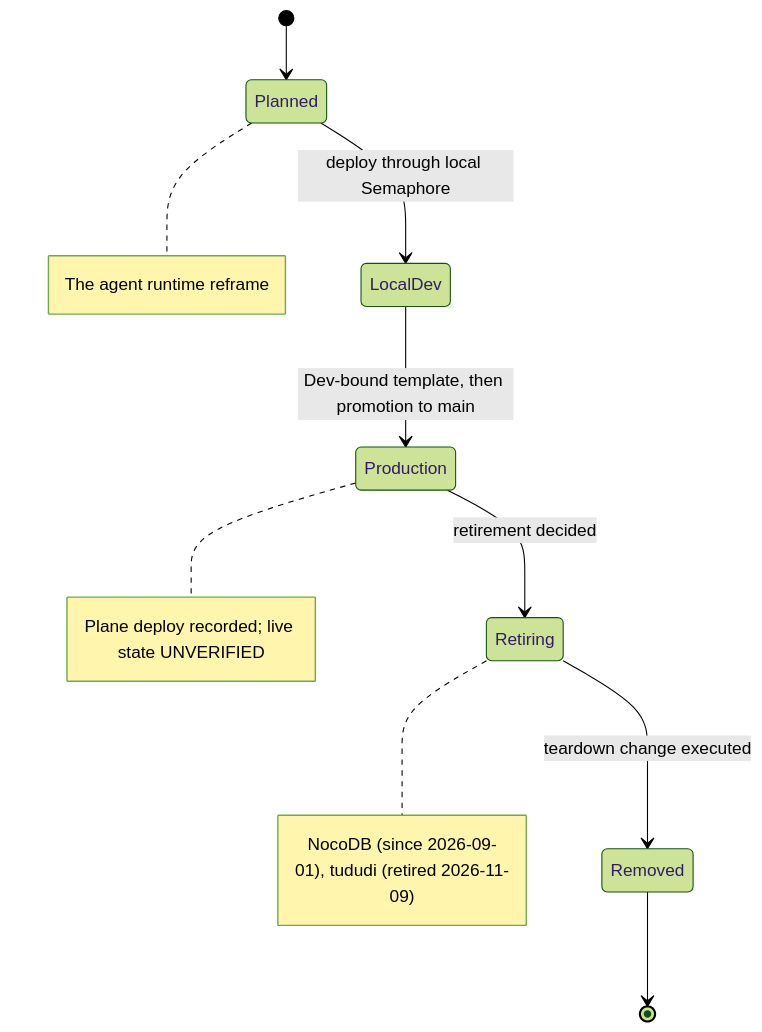
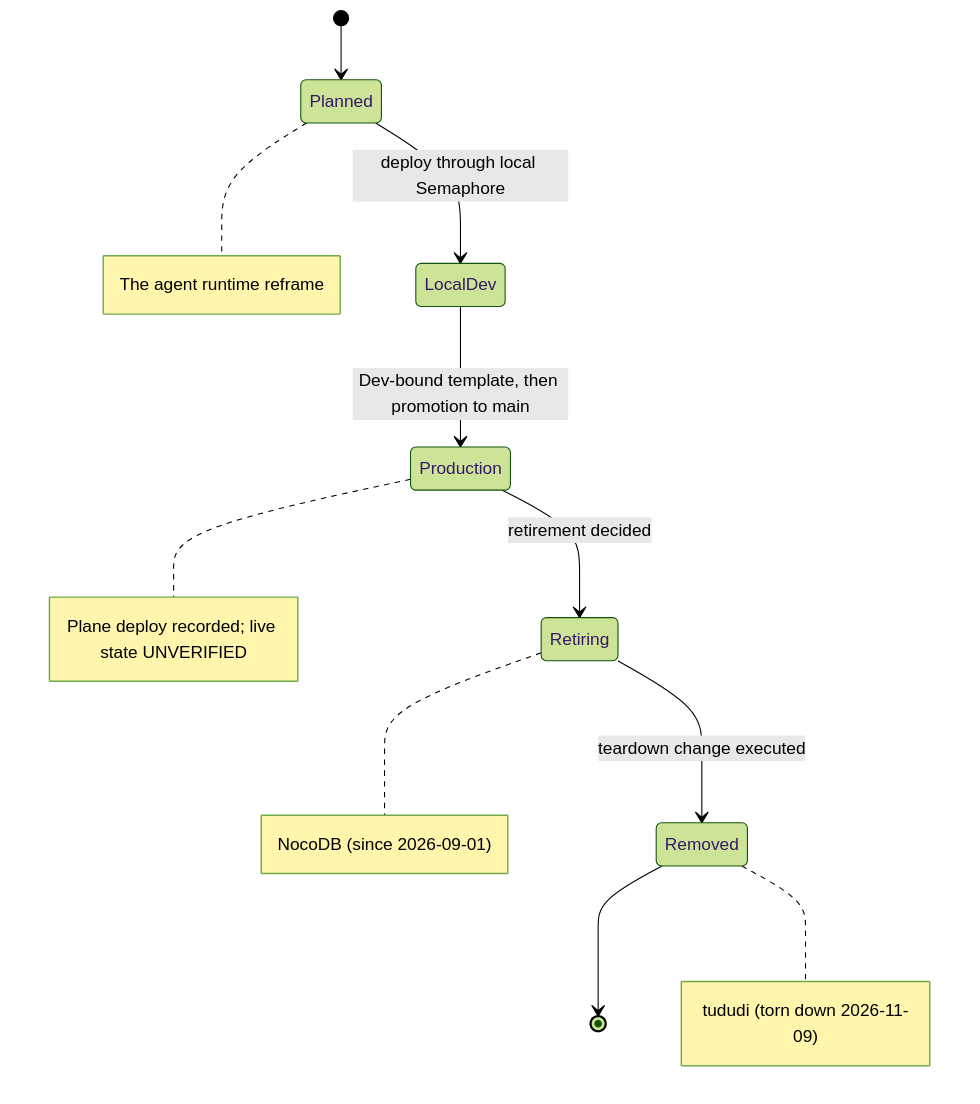
The ninth of 10 diagrams in plan/architecture/service-architecture.md (uhstray-io/agent-cloud), drawn with Mermaid (forest theme) before and after one commit. The commit also changed other lines of this file and 1 other file, not shown here.

First line of the commit message:
docs: restore dev's retire-templates note and settle tududi's teardown

````diff
--- a/plan/architecture/service-architecture.md
+++ b/plan/architecture/service-architecture.md
@@ -471,18 +472,21 @@
 ```mermaid
 stateDiagram-v2
     [*] --> Planned
     Planned --> LocalDev: deploy through local Semaphore
     LocalDev --> Production: Dev-bound template, then promotion to main
     Production --> Retiring: retirement decided
     Retiring --> Removed: teardown change executed
     Removed --> [*]
     note right of Planned
         The agent runtime reframe
     end note
     note right of Production
         Plane deploy recorded; live state UNVERIFIED
     end note
     note right of Retiring
-        NocoDB (since 2026-09-01), tududi (retired 2026-11-09)
+        NocoDB (since 2026-09-01)
+    end note
+    note right of Removed
+        tududi (torn down 2026-11-09)
     end note
 ```
````
